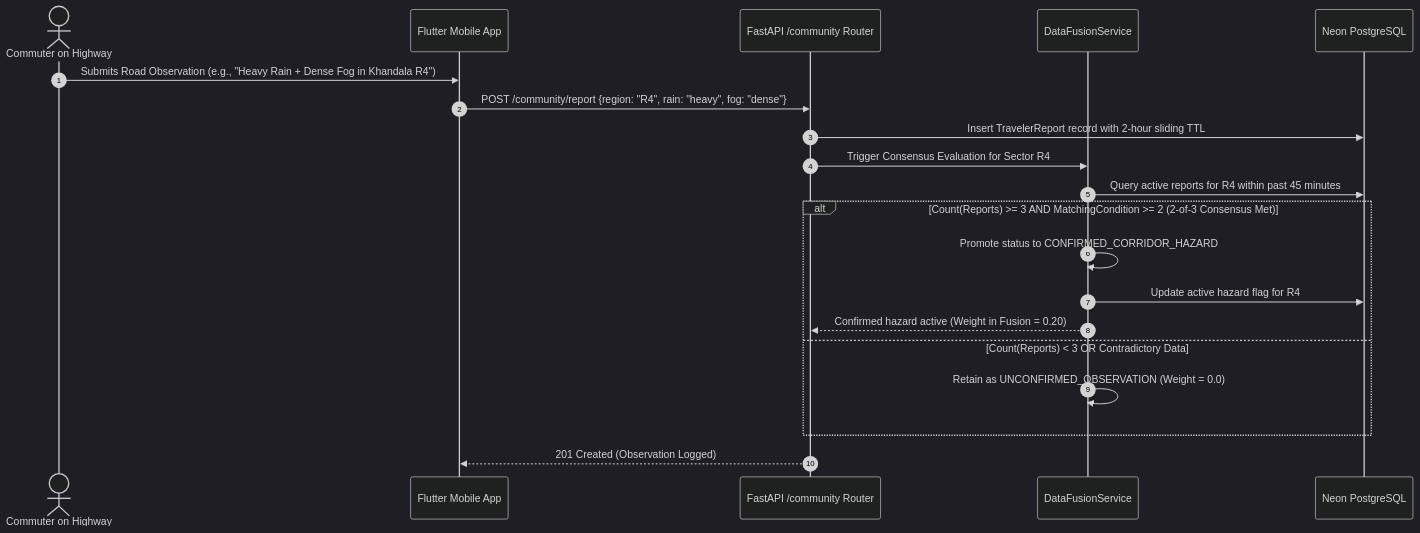
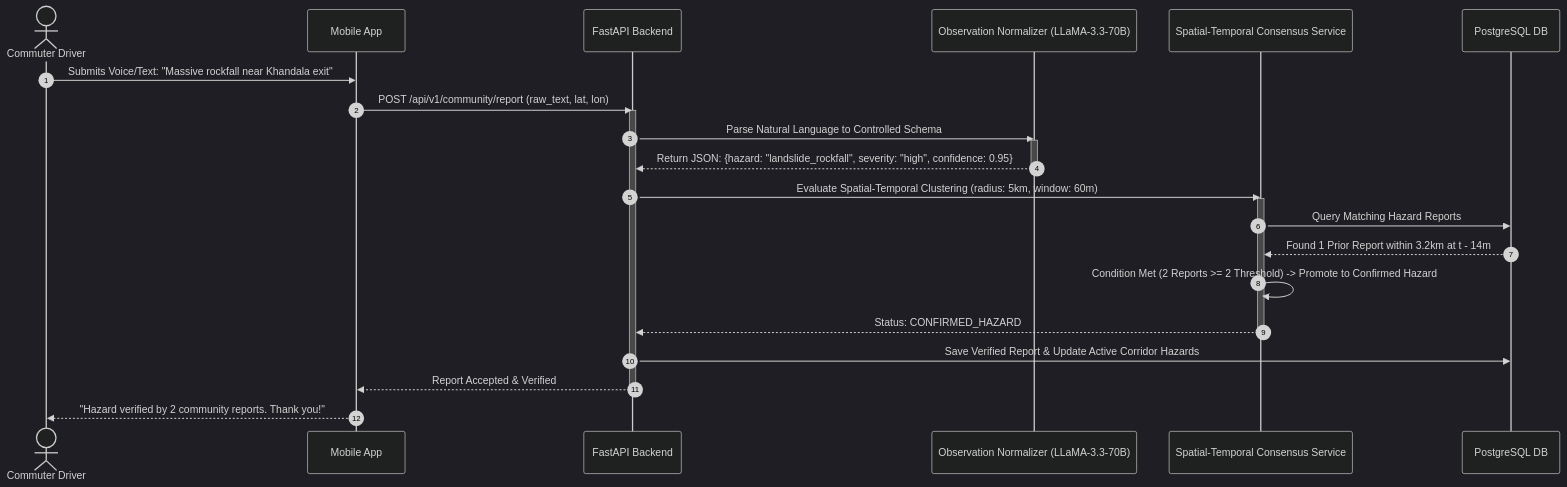
The eighth of 15 diagrams in MUMBAI_PUNE_TRAVEL_INTELLIGENCE_MASTER_REPORT.md (daredevil2304/traveladvisory), drawn with Mermaid (dark theme) before and after one commit. The commit also changed other lines of this file and 1 other file, not shown here.

Commit message:
docs: publish 10/10 Master Engineering Report & System Architecture Manual (Expanded Edition)

````diff
--- a/MUMBAI_PUNE_TRAVEL_INTELLIGENCE_MASTER_REPORT.md
+++ b/MUMBAI_PUNE_TRAVEL_INTELLIGENCE_MASTER_REPORT.md
@@ -467,26 +478,33 @@
 ```mermaid
 sequenceDiagram
     autonumber
-    actor Driver as Commuter on Highway
-    participant App as Flutter Mobile App
-    participant Gateway as FastAPI /community Router
-    participant Fusion as DataFusionService
-    participant DB as Neon PostgreSQL
+    actor Driver as Commuter Driver
+    participant App as Mobile App
+    participant API as FastAPI Backend
+    participant LLM as Observation Normalizer (LLaMA-3.3-70B)
+    participant Consensus as Spatial-Temporal Consensus Service
+    participant DB as PostgreSQL DB
 
-    Driver->>App: Submits Road Observation (e.g., "Heavy Rain + Dense Fog in Khandala R4")
-    App->>Gateway: POST /community/report {region: "R4", rain: "heavy", fog: "dense"}
-    Gateway->>DB: Insert TravelerReport record with 2-hour sliding TTL
-    Gateway->>Fusion: Trigger Consensus Evaluation for Sector R4
-    
-    Fusion->>DB: Query active reports for R4 within past 45 minutes
-    
-    alt Count(Reports) >= 3 AND MatchingCondition >= 2 (2-of-3 Consensus Met)
-        Fusion->>Fusion: Promote status to CONFIRMED_CORRIDOR_HAZARD
-        Fusion->>DB: Update active hazard flag for R4
-        Fusion-->>Gateway: Confirmed hazard active (Weight in Fusion = 0.20)
-    else Count(Reports) < 3 OR Contradictory Data
-        Fusion->>Fusion: Retain as UNCONFIRMED_OBSERVATION (Weight = 0.0)
-    end
-    
-    Gateway-->>App: 201 Created (Observation Logged)
+    Driver->>App: Submits Voice/Text: "Massive rockfall near Khandala exit"
+    App->>API: POST /api/v1/community/report (raw_text, lat, lon)
+    activate API
+
+    API->>LLM: Parse Natural Language to Controlled Schema
+    activate LLM
+    LLM-->>API: Return JSON: {hazard: "landslide_rockfall", severity: "high", confidence: 0.95}
+    deactivate LLM
+
+    API->>Consensus: Evaluate Spatial-Temporal Clustering (radius: 5km, window: 60m)
+    activate Consensus
+    Consensus->>DB: Query Matching Hazard Reports
+    DB-->>Consensus: Found 1 Prior Report within 3.2km at t - 14m
+    Consensus->>Consensus: Condition Met (2 Reports >= 2 Threshold) -> Promote to Confirmed Hazard
+    Consensus-->>API: Status: CONFIRMED_HAZARD
+    deactivate Consensus
+
+    API->>DB: Save Verified Report & Update Active Corridor Hazards
+    API-->>App: Report Accepted & Verified
+    deactivate API
+
+    App-->>Driver: "Hazard verified by 2 community reports. Thank you!"
 ```
````
